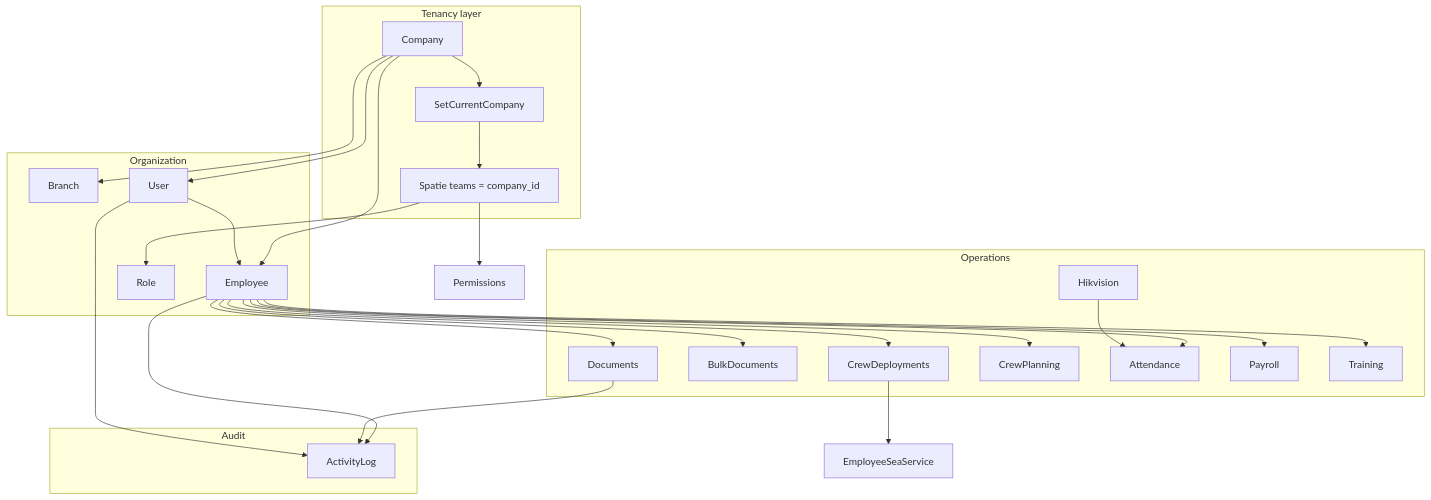
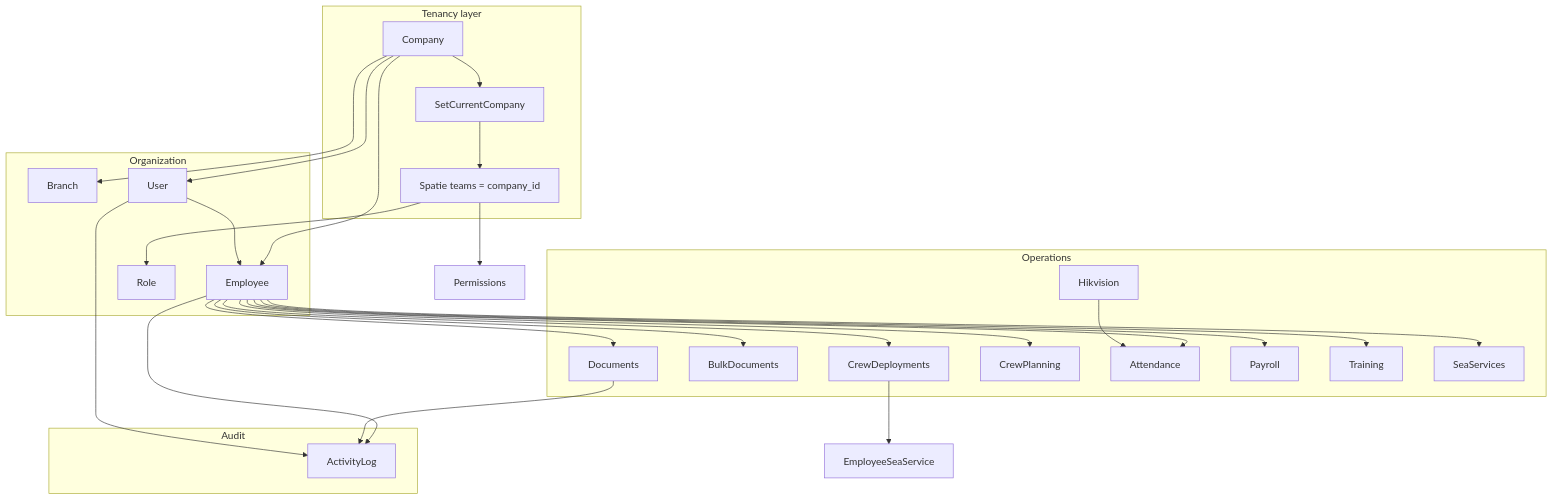
The eighth of 8 diagrams in docs/architecture/domains.md (rabil007/HRM), drawn with Mermaid before and after one commit. The commit also changed other lines of this file and 54 other files, not shown here.

Commit message:
feat: implement sea services management features including export, import, and browsing capabilities, along with necessary controllers, requests, and support classes for enhanced employee sea service handling

````diff
--- a/docs/architecture/domains.md
+++ b/docs/architecture/domains.md
@@ -883,53 +901,55 @@
 ```mermaid
 flowchart TB
     subgraph tenancy [Tenancy layer]
         Company
         SetCurrentCompany
         SpatieTeams[Spatie teams = company_id]
     end
 
     subgraph org [Organization]
         Branch
         Employee
         User
         Role
     end
 
     subgraph operations [Operations]
         Documents
         BulkDocuments
         CrewDeployments
         CrewPlanning
         Attendance
         Payroll
         Training
+        SeaServices
         Hikvision
     end
 
     subgraph audit [Audit]
         ActivityLog
     end
 
     Company --> SetCurrentCompany
     SetCurrentCompany --> SpatieTeams
     SpatieTeams --> Role
     SpatieTeams --> Permissions
 
     Company --> Branch
     Company --> Employee
     Company --> User
     User --> Employee
     Employee --> Documents
     Employee --> BulkDocuments
     Employee --> CrewDeployments
     Employee --> CrewPlanning
     Employee --> Attendance
     Employee --> Payroll
     Employee --> Training
+    Employee --> SeaServices
     Hikvision --> Attendance
     CrewDeployments --> EmployeeSeaService
 
     Employee --> ActivityLog
     Documents --> ActivityLog
     User --> ActivityLog
 ```
````
